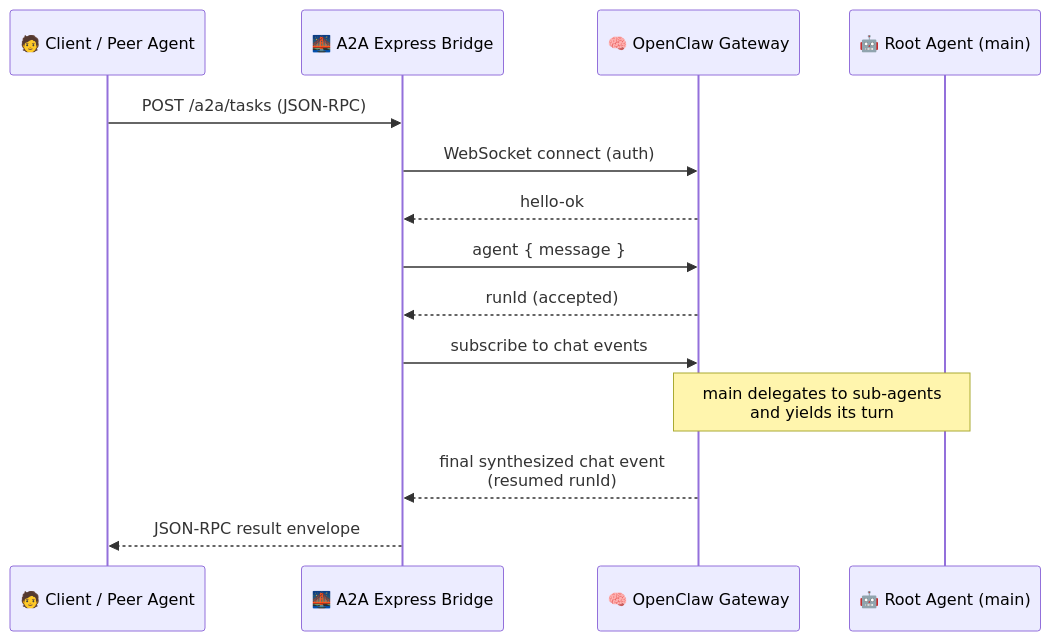
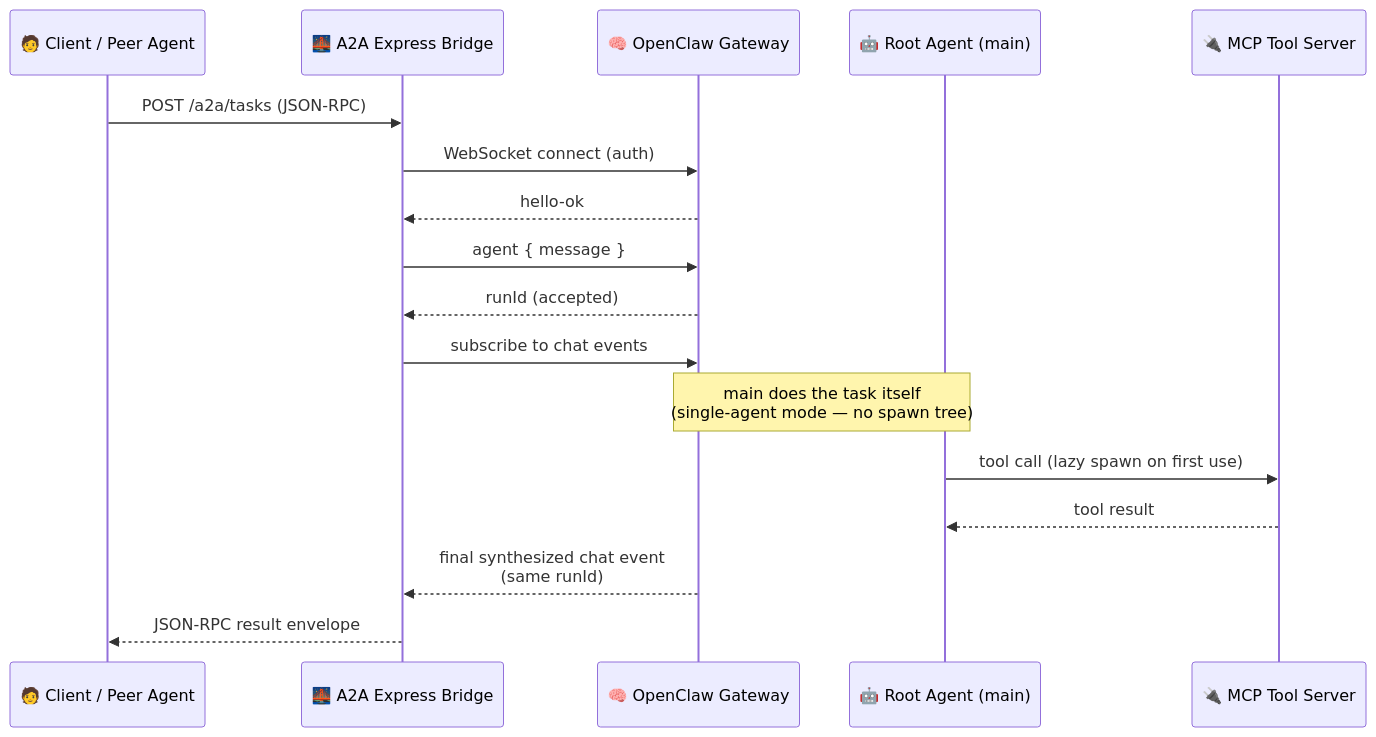
Before and after one commit to giacchetta/openclaw-a2a-bridge: the second of 4 diagrams in README.md, drawn with Mermaid. The commit also changed other lines of this file and 9 other files, not shown here.

First line of the commit message:
Single-agent A2A pivot: park tri-node, direct main→main A2A (#6) (#13)

````diff
--- a/README.md
+++ b/README.md
@@ -53,17 +58,20 @@
 ```mermaid
 sequenceDiagram
     participant C as 🧑 Client / Peer Agent
     participant B as 🌉 A2A Express Bridge
     participant G as 🧠 OpenClaw Gateway
     participant M as 🤖 Root Agent (main)
+    participant MCP as 🔌 MCP Tool Server
 
     C->>B: POST /a2a/tasks (JSON-RPC)
     B->>G: WebSocket connect (auth)
     G-->>B: hello-ok
     B->>G: agent { message }
     G-->>B: runId (accepted)
     B->>G: subscribe to chat events
-    Note over G,M: main delegates to sub-agents<br/>and yields its turn
-    G-->>B: final synthesized chat event<br/>(resumed runId)
+    Note over G,M: main does the task itself<br/>(single-agent mode — no spawn tree)
+    M->>MCP: tool call (lazy spawn on first use)
+    MCP-->>M: tool result
+    G-->>B: final synthesized chat event<br/>(same runId)
     B-->>C: JSON-RPC result envelope
 ```
````
